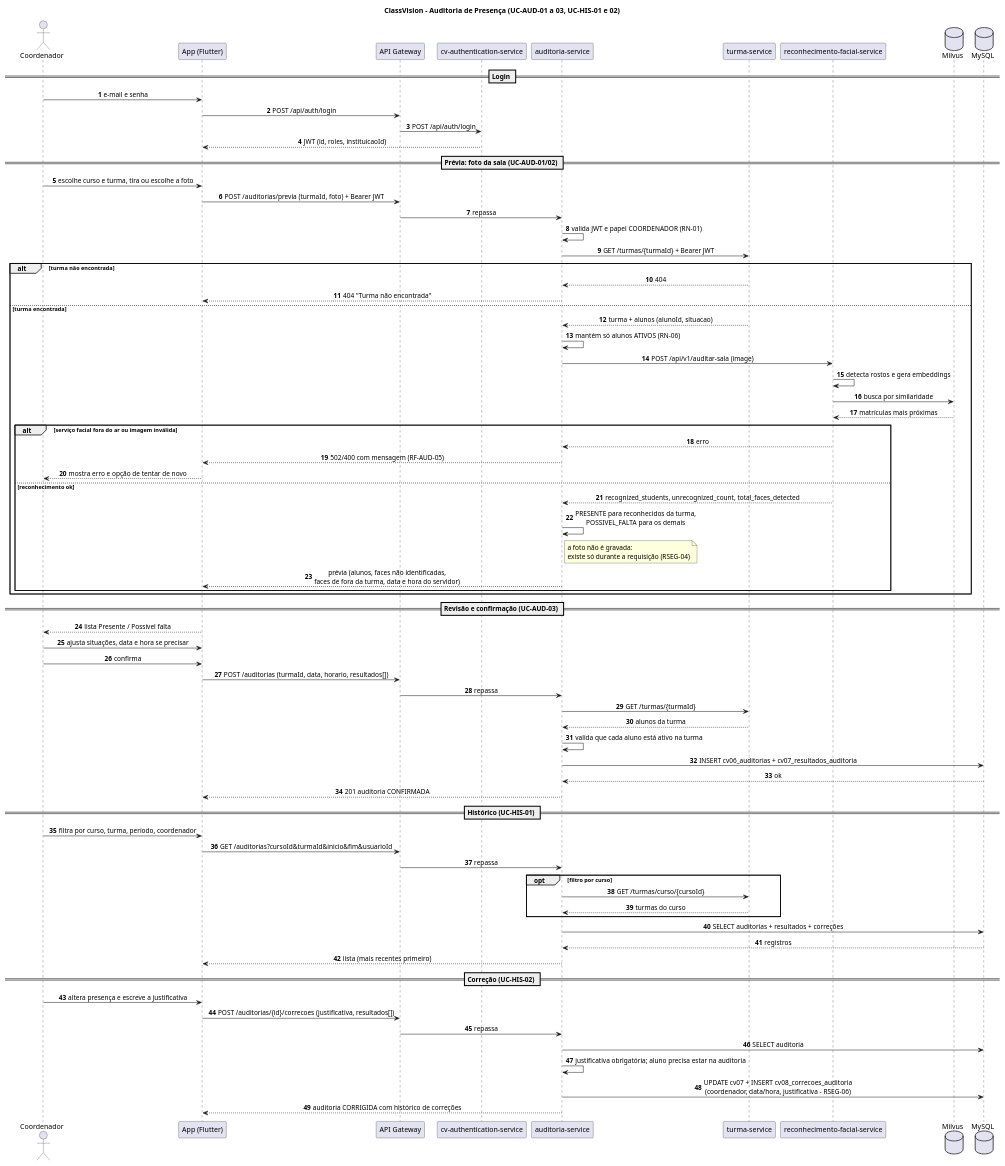
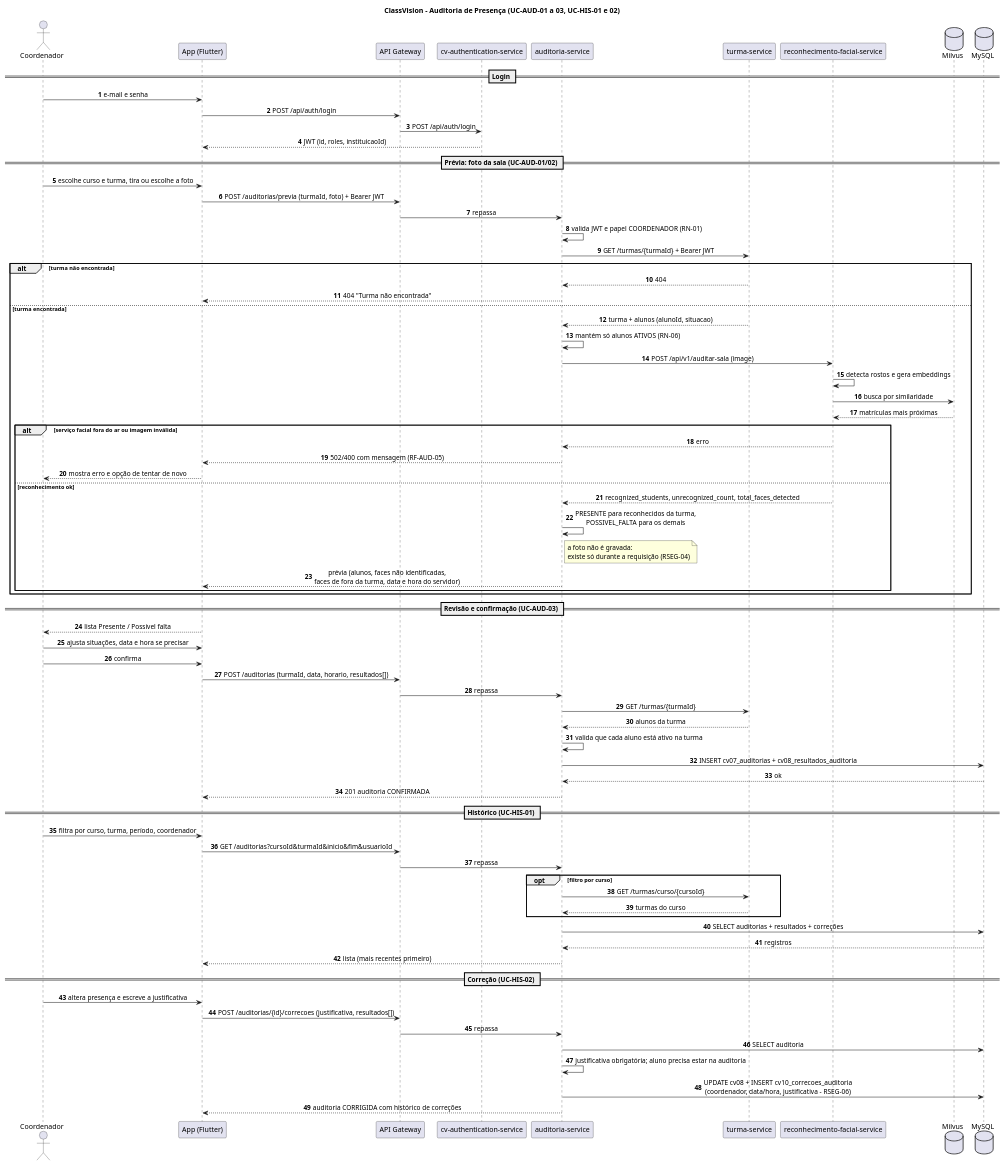
One commit to classvision-construcao-sistemas/auditoria-service changed the diagram in docs/diagrama-sequencia-auditoria.puml. Above: the diagram before and after it, drawn with PlantUML. The commit also changed 10 other files, not shown here.

```diff
--- a/docs/diagrama-sequencia-auditoria.puml
+++ b/docs/diagrama-sequencia-auditoria.puml
@@ -1,84 +1,84 @@
 @startuml diagrama-sequencia-auditoria
 title ClassVision - Auditoria de Presença (UC-AUD-01 a 03, UC-HIS-01 e 02)
 skinparam sequenceMessageAlign center
 skinparam responseMessageBelowArrow true
 autonumber
 
 actor "Coordenador" as C
 participant "App (Flutter)" as App
 participant "API Gateway" as GW
 participant "cv-authentication-service" as Auth
 participant "auditoria-service" as Aud
 participant "turma-service" as Turma
 participant "reconhecimento-facial-service" as RF
 database "Milvus" as Milvus
 database "MySQL" as DB
 
 == Login ==
 C -> App : e-mail e senha
 App -> GW : POST /api/auth/login
 GW -> Auth : POST /api/auth/login
 Auth --> App : JWT (id, roles, instituicaoId)
 
 == Prévia: foto da sala (UC-AUD-01/02) ==
 C -> App : escolhe curso e turma, tira ou escolhe a foto
 App -> GW : POST /auditorias/previa (turmaId, foto) + Bearer JWT
 GW -> Aud : repassa
 Aud -> Aud : valida JWT e papel COORDENADOR (RN-01)
 Aud -> Turma : GET /turmas/{turmaId} + Bearer JWT
 alt turma não encontrada
   Turma --> Aud : 404
   Aud --> App : 404 "Turma não encontrada"
 else turma encontrada
   Turma --> Aud : turma + alunos (alunoId, situacao)
   Aud -> Aud : mantém só alunos ATIVOS (RN-06)
   Aud -> RF : POST /api/v1/auditar-sala (image)
   RF -> RF : detecta rostos e gera embeddings
   RF -> Milvus : busca por similaridade
   Milvus --> RF : matrículas mais próximas
   alt serviço facial fora do ar ou imagem inválida
     RF --> Aud : erro
     Aud --> App : 502/400 com mensagem (RF-AUD-05)
     App --> C : mostra erro e opção de tentar de novo
   else reconhecimento ok
     RF --> Aud : recognized_students, unrecognized_count, total_faces_detected
     Aud -> Aud : PRESENTE para reconhecidos da turma,\nPOSSIVEL_FALTA para os demais
     note right of Aud : a foto não é gravada:\nexiste só durante a requisição (RSEG-04)
     Aud --> App : prévia (alunos, faces não identificadas,\nfaces de fora da turma, data e hora do servidor)
   end
 end
 
 == Revisão e confirmação (UC-AUD-03) ==
 App --> C : lista Presente / Possível falta
 C -> App : ajusta situações, data e hora se precisar
 C -> App : confirma
 App -> GW : POST /auditorias (turmaId, data, horario, resultados[])
 GW -> Aud : repassa
 Aud -> Turma : GET /turmas/{turmaId}
 Turma --> Aud : alunos da turma
 Aud -> Aud : valida que cada aluno está ativo na turma
-Aud -> DB : INSERT cv06_auditorias + cv07_resultados_auditoria
+Aud -> DB : INSERT cv07_auditorias + cv08_resultados_auditoria
 DB --> Aud : ok
 Aud --> App : 201 auditoria CONFIRMADA
 
 == Histórico (UC-HIS-01) ==
 C -> App : filtra por curso, turma, período, coordenador
 App -> GW : GET /auditorias?cursoId&turmaId&inicio&fim&usuarioId
 GW -> Aud : repassa
 opt filtro por curso
   Aud -> Turma : GET /turmas/curso/{cursoId}
   Turma --> Aud : turmas do curso
 end
 Aud -> DB : SELECT auditorias + resultados + correções
 DB --> Aud : registros
 Aud --> App : lista (mais recentes primeiro)
 
 == Correção (UC-HIS-02) ==
 C -> App : altera presença e escreve a justificativa
 App -> GW : POST /auditorias/{id}/correcoes (justificativa, resultados[])
 GW -> Aud : repassa
 Aud -> DB : SELECT auditoria
 Aud -> Aud : justificativa obrigatória; aluno precisa estar na auditoria
-Aud -> DB : UPDATE cv07 + INSERT cv08_correcoes_auditoria\n(coordenador, data/hora, justificativa - RSEG-06)
+Aud -> DB : UPDATE cv08 + INSERT cv10_correcoes_auditoria\n(coordenador, data/hora, justificativa - RSEG-06)
 Aud --> App : auditoria CORRIGIDA com histórico de correções
 @enduml
```
